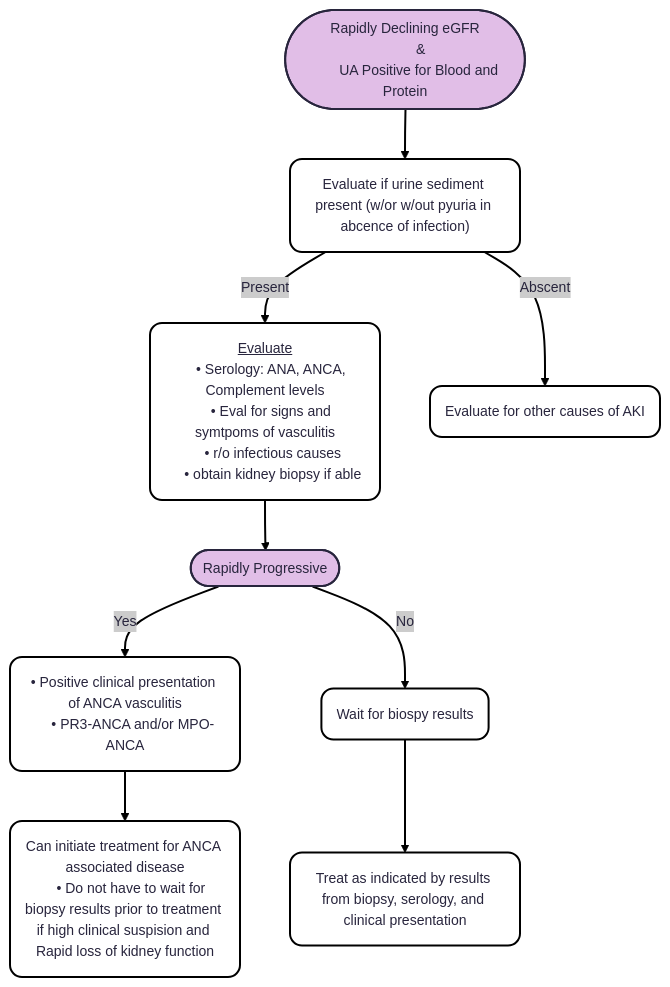
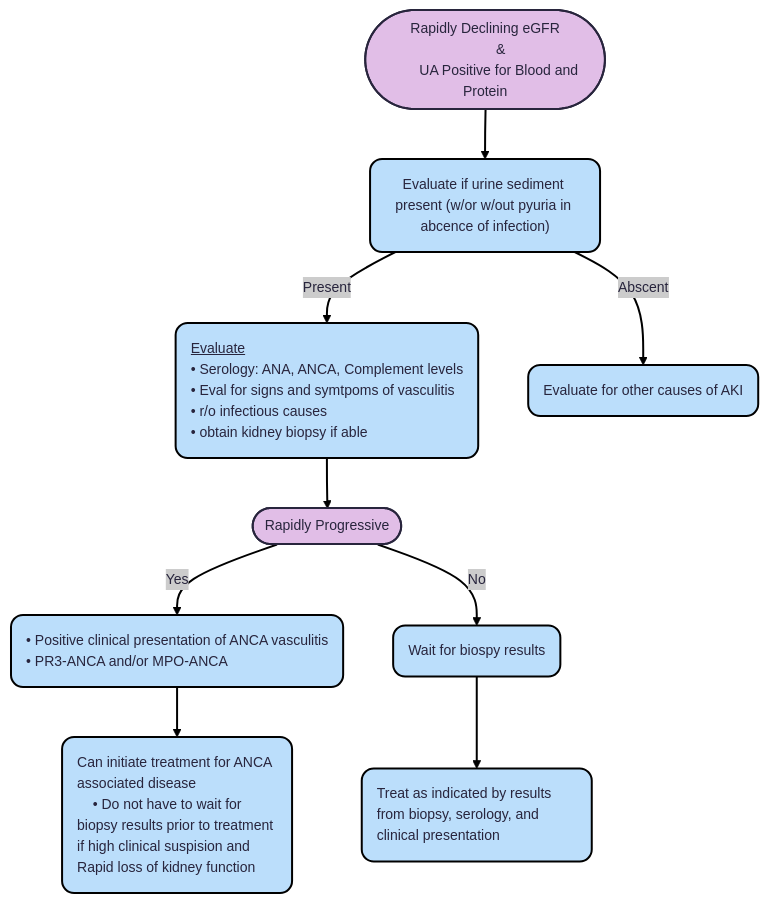
The diagram in docs/ANCA.md (TTUNEPH2025/GN), drawn with Mermaid before and after one commit.

````diff
--- a/docs/ANCA.md
+++ b/docs/ANCA.md
@@ -72,40 +72,39 @@
 ```mermaid
 ---
 config:
   theme: redux
 ---
 flowchart TD
     A(["Rapidly Declining eGFR
         &
         UA Positive for Blood and Protein"]) --> n1["Evaluate if urine sediment present (w/or w/out pyuria in abcence of infection)"]
     n1 -- Present --> n2["<ins>Evaluate</ins>
     • Serology: ANA, ANCA, Complement levels
     • Eval for signs and symtpoms of vasculitis
     • r/o infectious causes
     • obtain kidney biopsy if able"]
     n1 -- Abscent --> n3["Evaluate for other causes of AKI"]
     n2 --> n4(["Rapidly Progressive"])
     n4 -- Yes --> n5["• Positive clinical presentation of ANCA vasculitis
     • PR3-ANCA and/or MPO-ANCA"]
     n4 -- No --> n6["Wait for biospy results"]
     n5 --> n7["Can initiate treatment for ANCA associated disease
     • Do not have to wait for biopsy results prior to treatment if high clinical suspision and Rapid loss of kidney function"]
     n6 --> n8["Treat as indicated by results from biopsy, serology, and clinical presentation"]
     n1@{ shape: rounded}
     n2@{ shape: rounded}
     n3@{ shape: rounded}
     n5@{ shape: rounded}
     n6@{ shape: rounded}
     n7@{ shape: rounded}
     n8@{ shape: rounded}
     style A fill:#E1BEE7
-    style n1 fill:#FFFFFF,stroke:#000000
-    style n2 stroke:#000000,fill:#FFFFFF
-    style n3 stroke:#000000,fill:#FFFFFF
+    style n1 fill:#BBDEFB,stroke:#000000
+    style n2 stroke:#000000,fill:#BBDEFB,text-align:left,white-space:nowrap
+    style n3 stroke:#000000,fill:#BBDEFB,text-align:left,white-space:nowrap
     style n4 fill:#E1BEE7
-    style n5 fill:#FFFFFF,stroke:#000000
-    style n6 stroke:#000000,fill:#FFFFFF
-    style n7 fill:#FFFFFF,stroke:#000000
-    style n8 fill:#FFFFFF,stroke:#000000
-
+    style n5 fill:#BBDEFB,stroke:#000000,text-align:left,white-space:nowrap
+    style n6 stroke:#000000,fill:#BBDEFB,text-align:left,white-space:nowrap
+    style n7 fill:#BBDEFB,stroke:#000000,text-align:left
+    style n8 fill:#BBDEFB,stroke:#000000,text-align:left
 ```
````
